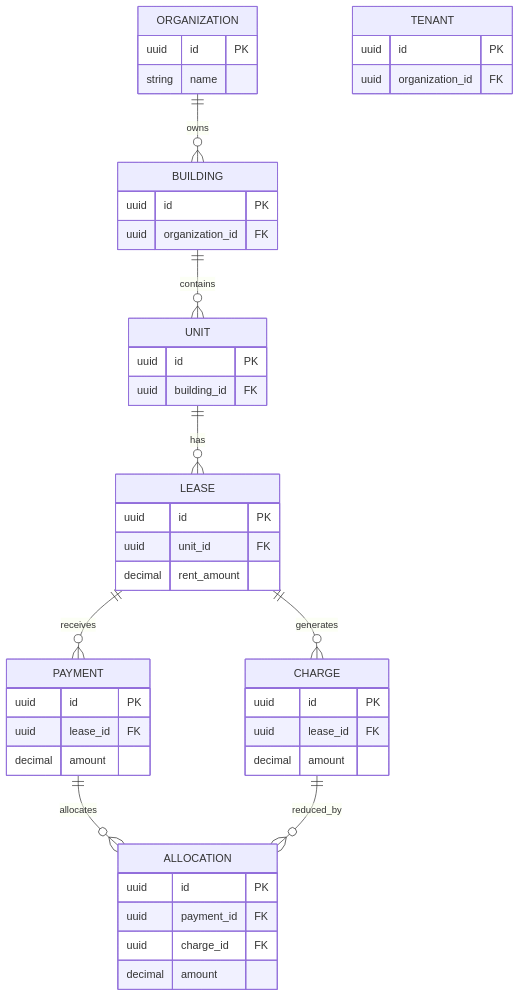
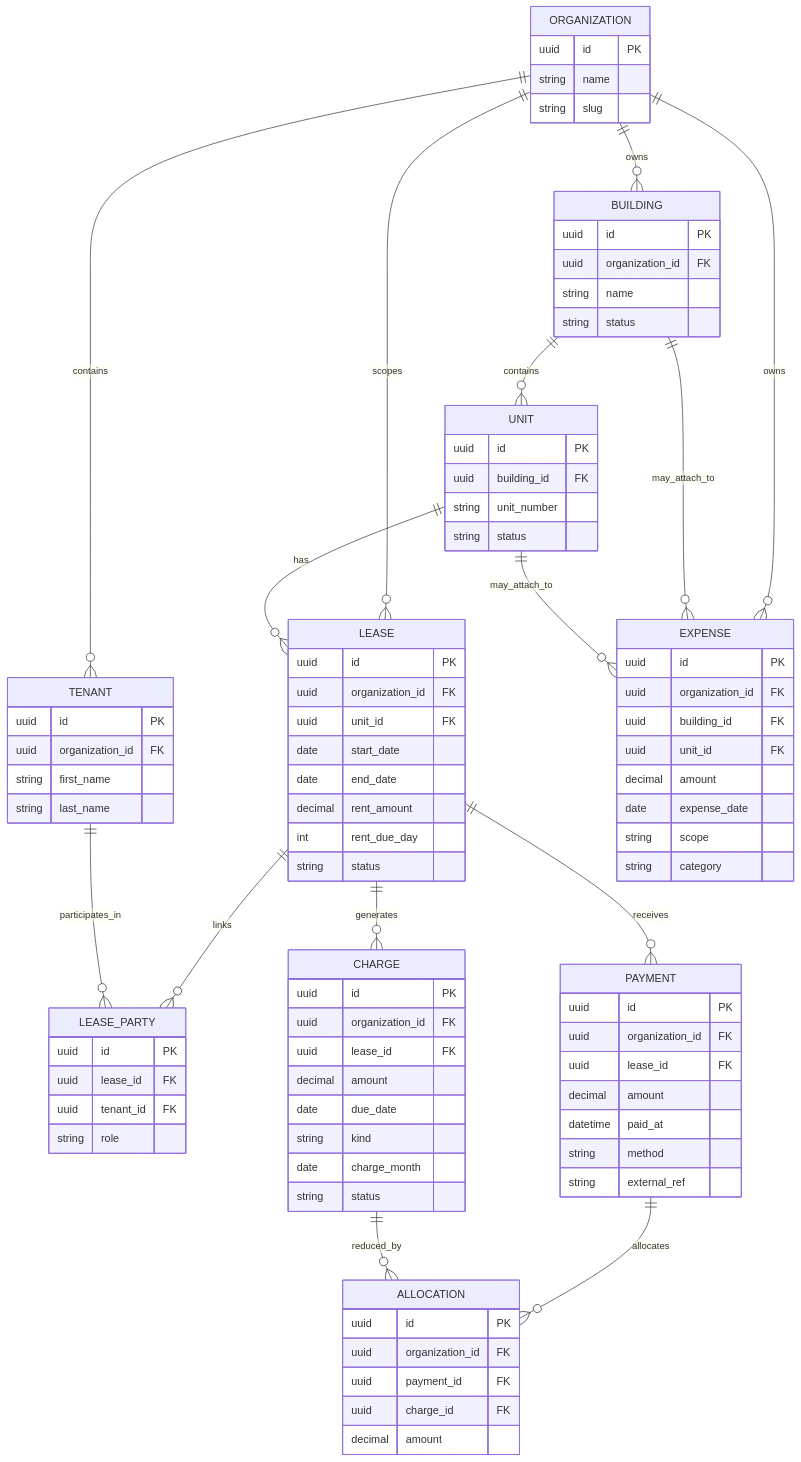
One commit to anthonynarine/EstateIQ changed the fourth of 6 diagrams in PROJECT_ARCHITECTURE.md. Above: the diagram before and after it, drawn with Mermaid. The commit also changed other lines of this file, not shown here.

Commit message:
updated project architecture diagrams

````diff
--- a/PROJECT_ARCHITECTURE.md
+++ b/PROJECT_ARCHITECTURE.md
@@ -68,46 +179,86 @@
-``` mermaid
+```mermaid
 erDiagram
 
     ORGANIZATION {
         uuid id PK
         string name
+        string slug
     }
 
     BUILDING {
         uuid id PK
         uuid organization_id FK
+        string name
+        string status
     }
 
     UNIT {
         uuid id PK
         uuid building_id FK
+        string unit_number
+        string status
     }
 
     TENANT {
         uuid id PK
         uuid organization_id FK
+        string first_name
+        string last_name
     }
 
     LEASE {
         uuid id PK
+        uuid organization_id FK
         uuid unit_id FK
+        date start_date
+        date end_date
         decimal rent_amount
+        int rent_due_day
+        string status
+    }
+
+    LEASE_PARTY {
+        uuid id PK
+        uuid lease_id FK
+        uuid tenant_id FK
+        string role
+    }
+
+    EXPENSE {
+        uuid id PK
+        uuid organization_id FK
+        uuid building_id FK
+        uuid unit_id FK
+        decimal amount
+        date expense_date
+        string scope
+        string category
     }
 
     CHARGE {
         uuid id PK
+        uuid organization_id FK
         uuid lease_id FK
         decimal amount
+        date due_date
+        string kind
+        date charge_month
+        string status
     }
 
     PAYMENT {
         uuid id PK
+        uuid organization_id FK
         uuid lease_id FK
         decimal amount
+        datetime paid_at
+        string method
+        string external_ref
     }
 
     ALLOCATION {
         uuid id PK
+        uuid organization_id FK
         uuid payment_id FK
         uuid charge_id FK
         decimal amount
@@ -115,7 +266,14 @@
 
     ORGANIZATION ||--o{ BUILDING : owns
     BUILDING ||--o{ UNIT : contains
+    ORGANIZATION ||--o{ TENANT : contains
+    ORGANIZATION ||--o{ LEASE : scopes
     UNIT ||--o{ LEASE : has
+    LEASE ||--o{ LEASE_PARTY : links
+    TENANT ||--o{ LEASE_PARTY : participates_in
+    ORGANIZATION ||--o{ EXPENSE : owns
+    BUILDING ||--o{ EXPENSE : may_attach_to
+    UNIT ||--o{ EXPENSE : may_attach_to
     LEASE ||--o{ CHARGE : generates
     LEASE ||--o{ PAYMENT : receives
     PAYMENT ||--o{ ALLOCATION : allocates
````
